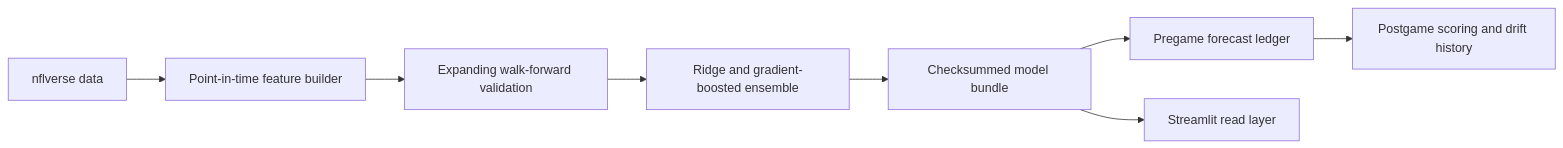
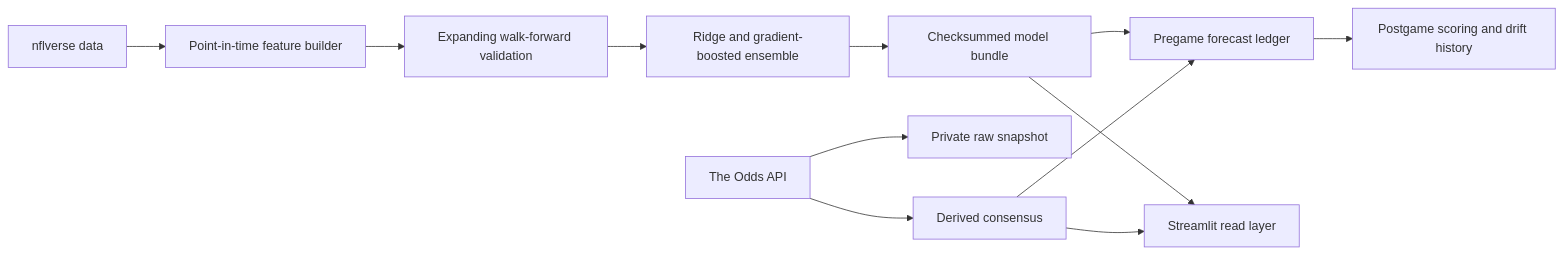
One commit to DrewM96/nfl-prediction-system changed the diagram in README.md. Above: the diagram before and after it, drawn with Mermaid. The commit also changed other lines of this file and 15 other files, not shown here.

````diff
--- a/README.md
+++ b/README.md
@@ -22,10 +32,14 @@
 ```mermaid
 flowchart LR
     A[nflverse data] --> B[Point-in-time feature builder]
     B --> C[Expanding walk-forward validation]
     C --> D[Ridge and gradient-boosted ensemble]
     D --> E[Checksummed model bundle]
     E --> F[Pregame forecast ledger]
     E --> G[Streamlit read layer]
     F --> H[Postgame scoring and drift history]
+    I[The Odds API] --> J[Private raw snapshot]
+    I --> K[Derived consensus]
+    K --> F
+    K --> G
 ```
````
